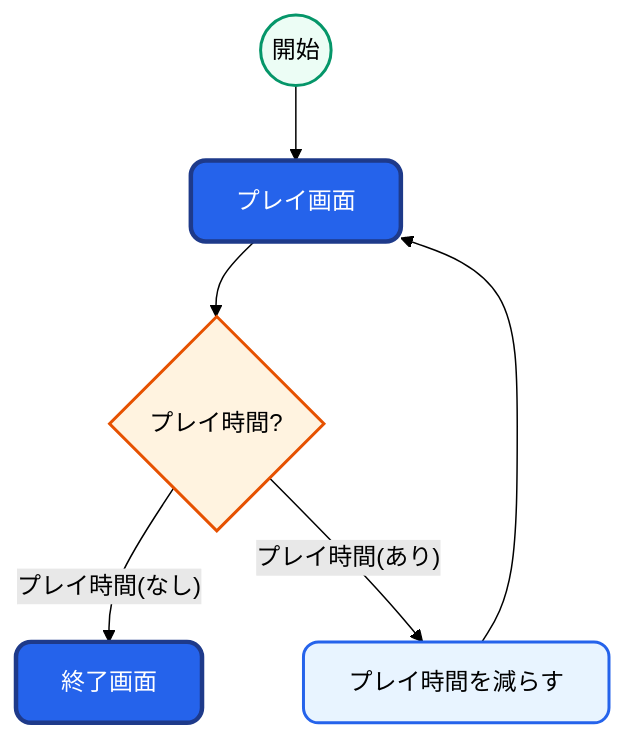
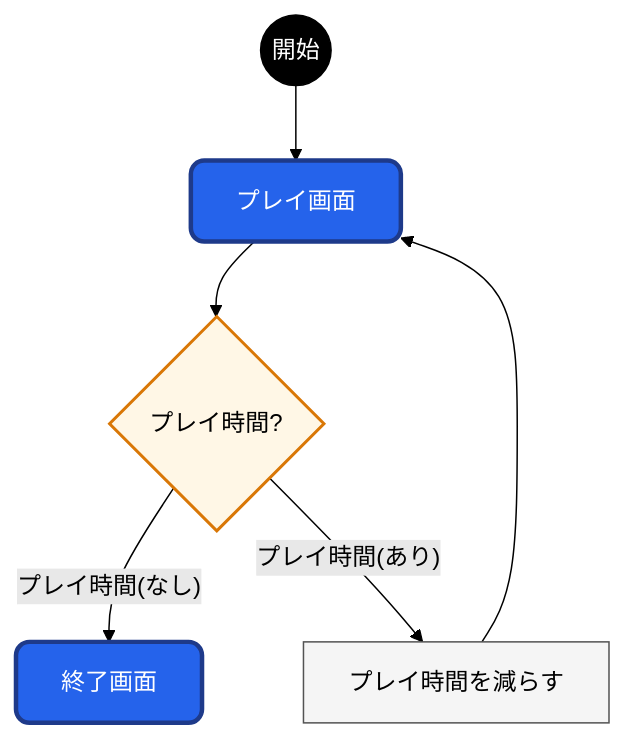
The fourth of 5 diagrams in ゲーム/03_MechHunter/README/30_シーン管理.MD (kureha001/MMP), drawn with Mermaid (forest theme) before and after one commit. The commit also changed other lines of this file and 1 other file, not shown here.

````diff
--- a/ゲーム/03_MechHunter/README/30_シーン管理.MD
+++ b/ゲーム/03_MechHunter/README/30_シーン管理.MD
@@ -127,22 +133,23 @@
 ```mermaid
 flowchart TB
-%% スタイル定義
-classDef screen     fill:#e8f4ff,stroke:#2563eb,stroke-width:2px,rx:10,ry:10
-classDef decision   fill:#fff3e0,stroke:#e65100,stroke-width:2px
-classDef highlight  fill:#2563eb,color:#ffffff,stroke:#1e3a8a,stroke-width:3px,rx:10,ry:10
-classDef startNode  fill:#ecfdf5,stroke:#059669,stroke-width:2px,rx:10,ry:10
+%% ==== 書式 ====
+classDef 開始 fill:#000000,color:#ffffff,stroke:#000000;
+classDef 画面 fill:#2563eb,color:#ffffff,stroke:#1e3a8a,stroke-width:3px,rx:9,ry:9;
+classDef サブ fill:#e8f4ff,stroke:#2563eb,stroke-width:2px,rx:9,ry:9;
+classDef 処理 fill:#f5f5f5,stroke:#535353;
+classDef 分岐 fill:#fff7e6,stroke:#d97706,stroke-width:2px;
 
-%% ノード定義（IDは英数字、ラベルは[]内）
-start((開始)):::startNode
-play[プレイ画面]:::highlight
-timeChk{プレイ時間?}:::decision
-endScr[終了画面]:::highlight
-reduce[プレイ時間を減らす]:::screen
+%% ==== ノード ====
+start((開始)):::開始
+play[プレイ画面]:::画面
+timeChk{プレイ時間?}:::分岐
+endScr[終了画面]:::画面
+reduce[プレイ時間を減らす]:::処理
 
-%% フロー
+%% ==== 処理順序 ====
 start --> play
 play --> timeChk
 timeChk -- プレイ時間(なし) --> endScr
 timeChk -- プレイ時間(あり) --> reduce
 reduce --> play
 ```
````
